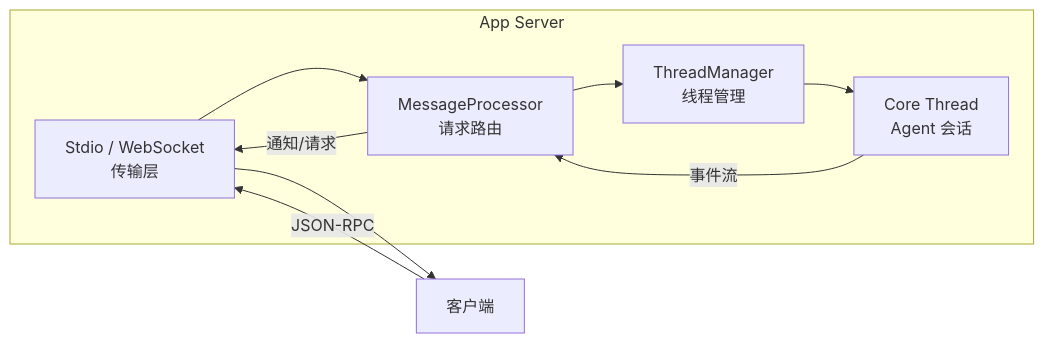
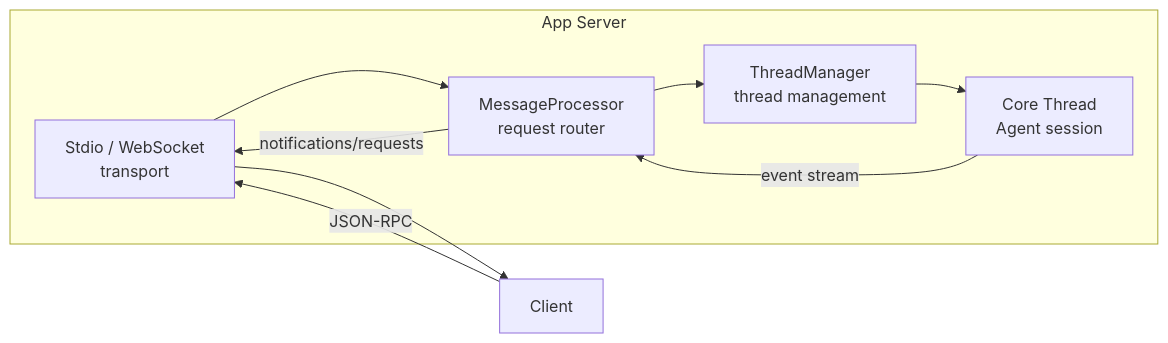
The first of 3 diagrams in wiki/10-sdk-protocol.md (yibn2008/learn-codex), drawn with Mermaid before and after one commit. The commit also changed other lines of this file and 32 other files, not shown here.

````diff
--- a/wiki/10-sdk-protocol.md
+++ b/wiki/10-sdk-protocol.md
@@ -48,17 +50,17 @@
 ```mermaid
 graph LR
     subgraph App Server
-        STDIO[Stdio / WebSocket<br/>传输层]
-        MP[MessageProcessor<br/>请求路由]
-        TM[ThreadManager<br/>线程管理]
-        CORE[Core Thread<br/>Agent 会话]
+        STDIO[Stdio / WebSocket<br/>transport]
+        MP[MessageProcessor<br/>request router]
+        TM[ThreadManager<br/>thread management]
+        CORE[Core Thread<br/>Agent session]
     end
 
-    CLIENT[客户端] -->|JSON-RPC| STDIO
+    CLIENT[Client] -->|JSON-RPC| STDIO
     STDIO --> MP
     MP --> TM
     TM --> CORE
-    CORE -->|事件流| MP
-    MP -->|通知/请求| STDIO
+    CORE -->|event stream| MP
+    MP -->|notifications/requests| STDIO
     STDIO --> CLIENT
 ```
````
